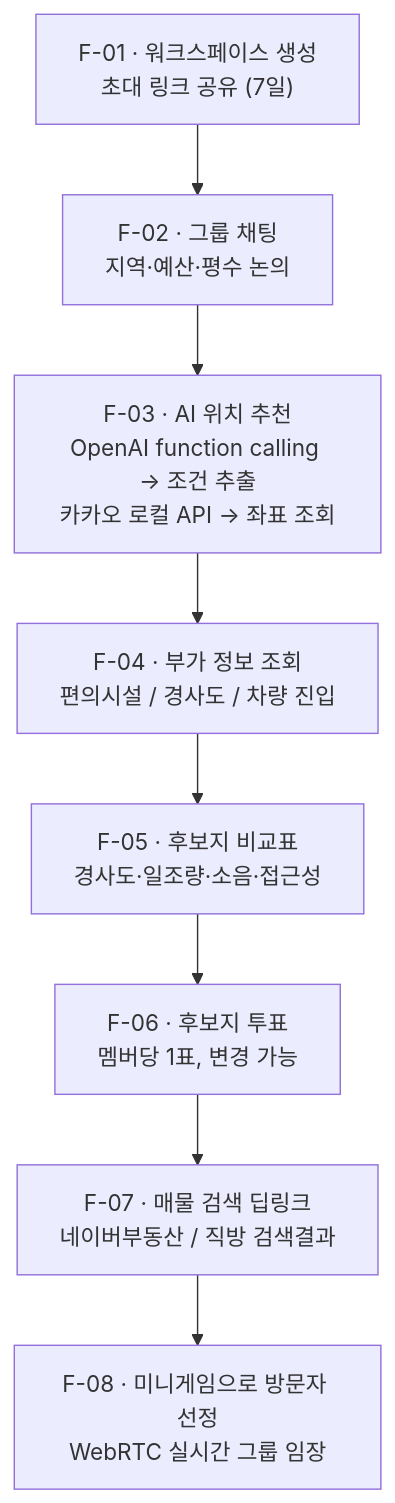
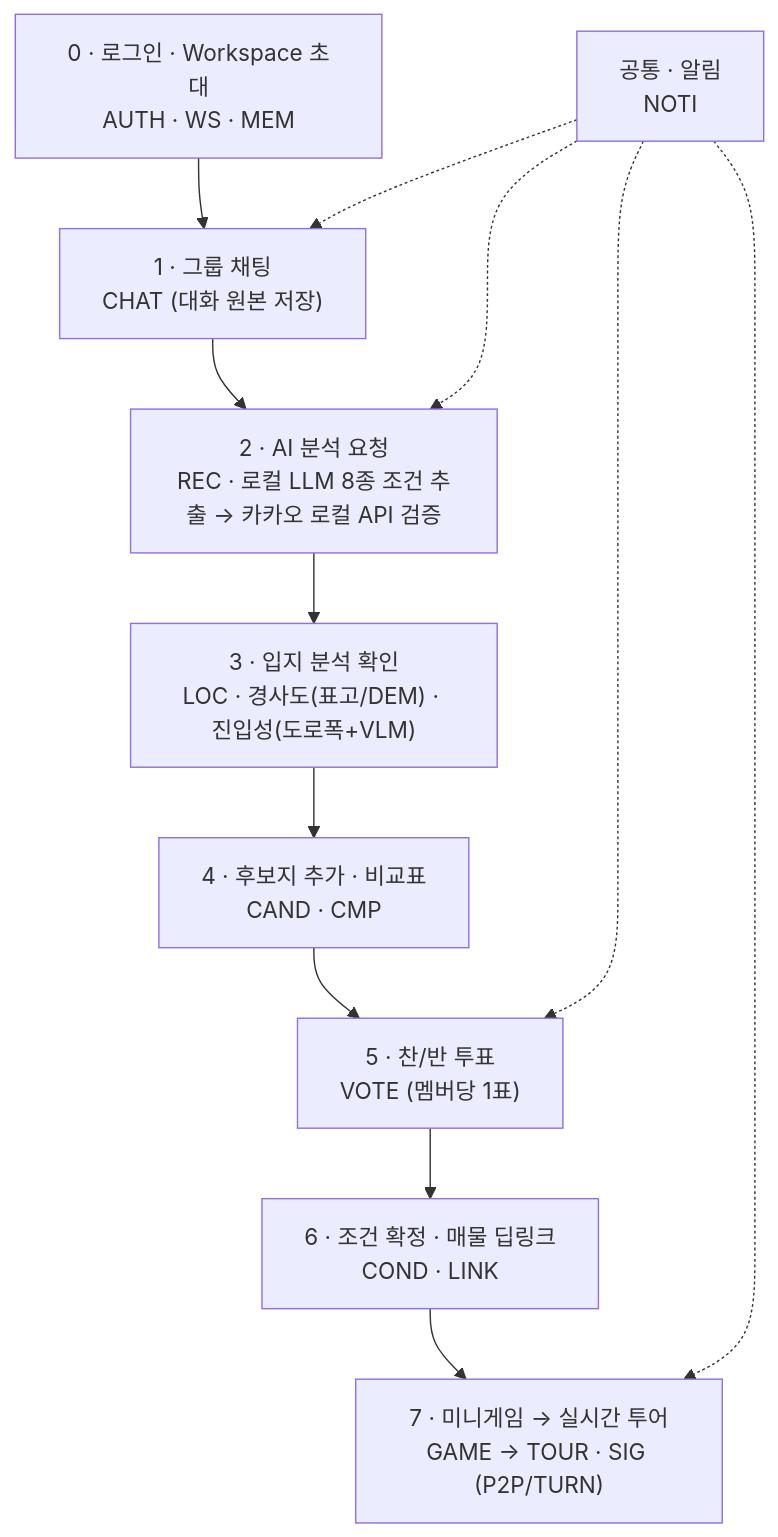
The diagram in README.md (MockData-Capstone/Backend), drawn with Mermaid before and after one commit. The commit also changed other lines of this file and 2 other files, not shown here.

````diff
--- a/README.md
+++ b/README.md
@@ -82,10 +89,14 @@
 ```mermaid
 flowchart TD
-    A["F-01 · 워크스페이스 생성<br/>초대 링크 공유 (7일)"] --> B["F-02 · 그룹 채팅<br/>지역·예산·평수 논의"]
-    B --> C["F-03 · AI 위치 추천<br/>OpenAI function calling → 조건 추출<br/>카카오 로컬 API → 좌표 조회"]
-    C --> D["F-04 · 부가 정보 조회<br/>편의시설 / 경사도 / 차량 진입"]
-    D --> E["F-05 · 후보지 비교표<br/>경사도·일조량·소음·접근성"]
-    E --> F["F-06 · 후보지 투표<br/>멤버당 1표, 변경 가능"]
-    F --> G["F-07 · 매물 검색 딥링크<br/>네이버부동산 / 직방 검색결과"]
-    G --> H["F-08 · 미니게임으로 방문자 선정<br/>WebRTC 실시간 그룹 임장"]
+    A["0 · 로그인 · Workspace 초대<br/>AUTH · WS · MEM"] --> B["1 · 그룹 채팅<br/>CHAT (대화 원본 저장)"]
+    B --> C["2 · AI 분석 요청<br/>REC · 로컬 LLM 8종 조건 추출 → 카카오 로컬 API 검증"]
+    C --> D["3 · 입지 분석 확인<br/>LOC · 경사도(표고/DEM) · 진입성(도로폭+VLM)"]
+    D --> E["4 · 후보지 추가 · 비교표<br/>CAND · CMP"]
+    E --> F["5 · 찬/반 투표<br/>VOTE (멤버당 1표)"]
+    F --> G["6 · 조건 확정 · 매물 딥링크<br/>COND · LINK"]
+    G --> H["7 · 미니게임 → 실시간 투어<br/>GAME → TOUR · SIG (P2P/TURN)"]
+    N["공통 · 알림<br/>NOTI"] -.-> B
+    N -.-> C
+    N -.-> F
+    N -.-> H
 ```
````
